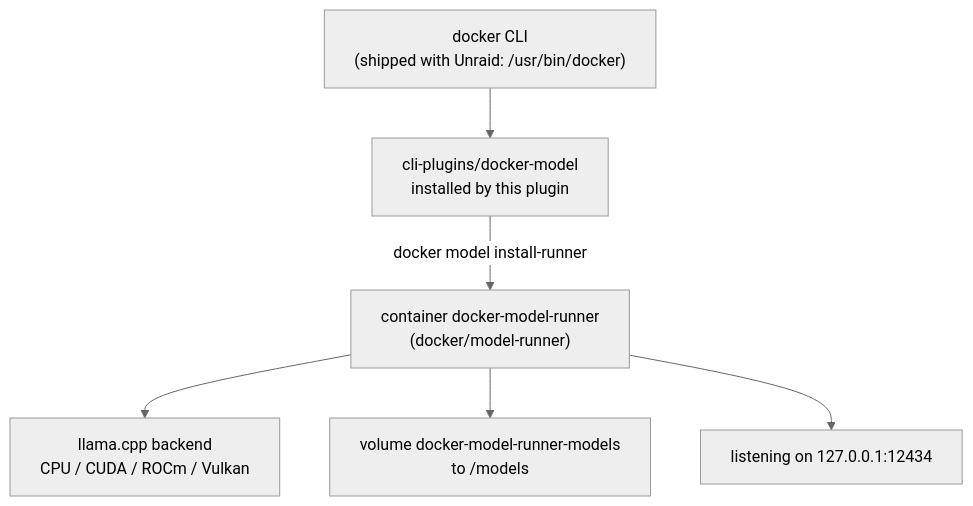
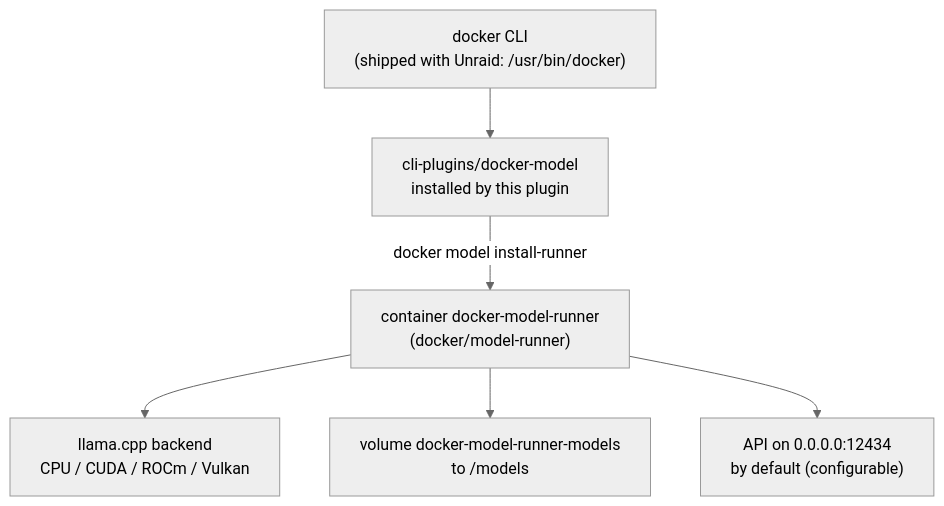
One commit to zhz8888/unraid-plugin-docker-model changed the first of 2 diagrams in README.md. Above: the diagram before and after it, drawn with Mermaid (neutral theme). The commit also changed other lines of this file and 8 other files, not shown here.

````diff
--- a/README.md
+++ b/README.md
@@ -39,16 +39,16 @@
 ```mermaid
 %%{init: {"flowchart": {"wrappingWidth": 400}}}%%
 flowchart TD
   CLI["docker CLI<br/>(shipped with Unraid: /usr/bin/docker)"]
   PLUGIN["cli-plugins/docker-model<br/>installed by this plugin"]
   RUNNER["container docker-model-runner<br/>(docker/model-runner)"]
   BACKEND["llama.cpp backend<br/>CPU / CUDA / ROCm / Vulkan"]
   VOLUME["volume docker-model-runner-models<br/>to /models"]
-  PORT["listening on 127.0.0.1:12434"]
+  PORT["API on 0.0.0.0:12434<br/>by default (configurable)"]
 
   CLI --> PLUGIN
   PLUGIN -->|"docker model install-runner"| RUNNER
   RUNNER --> BACKEND
   RUNNER --> VOLUME
   RUNNER --> PORT
 ```
````
